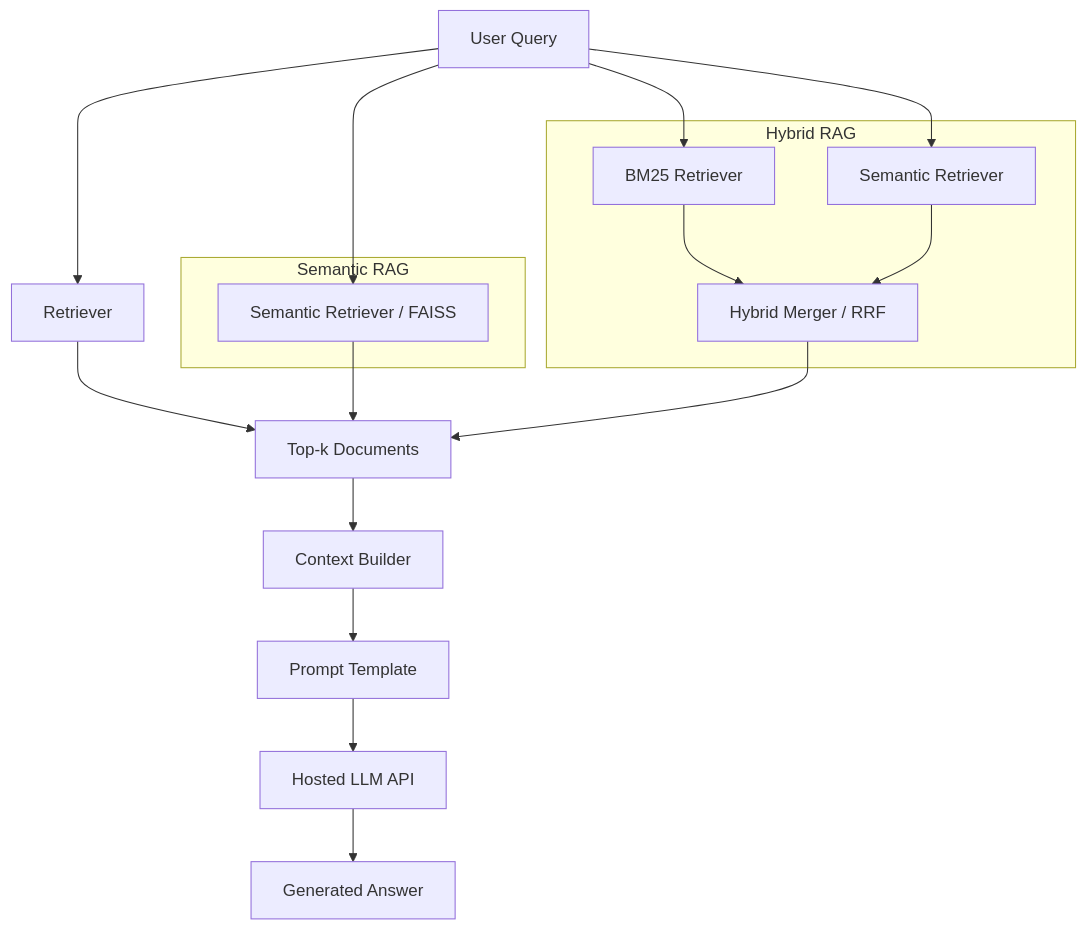
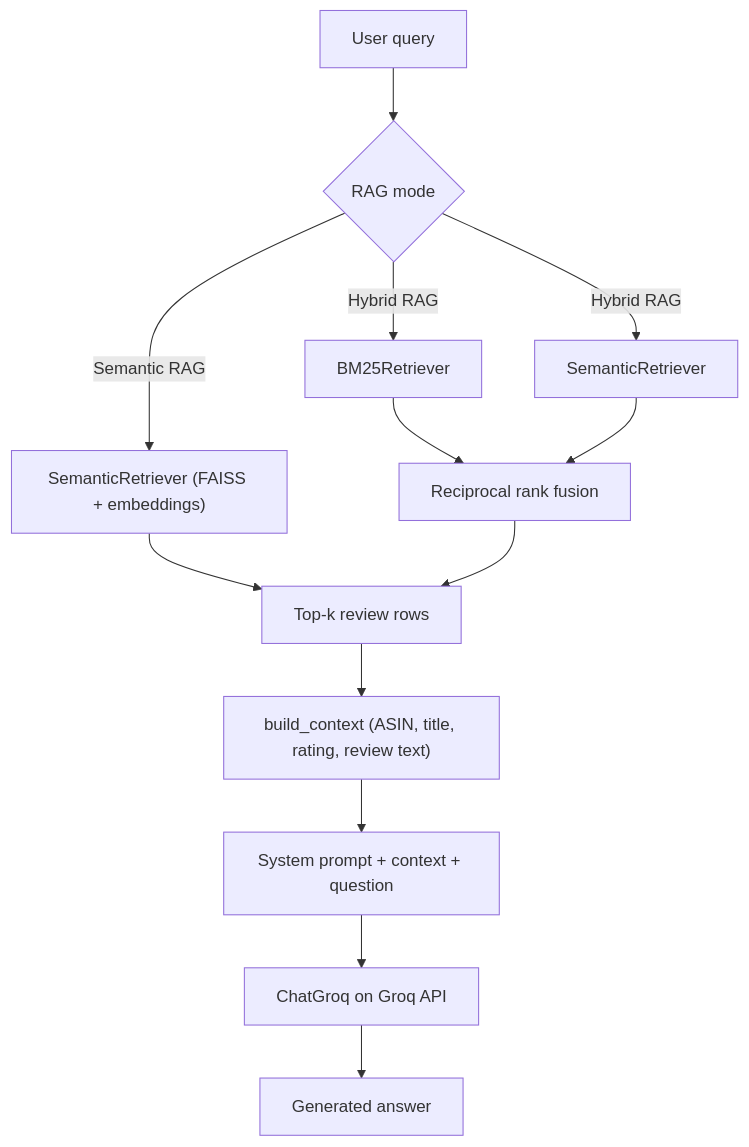
Before and after one commit to UBC-MDS/DSCI_575_project_li0606_Lukeni: the diagram in README.md, drawn with Mermaid. The commit also changed other lines of this file and 1 other file, not shown here.

Commit message:
docs: Complete [M2] README workflow diagram, exploration notebook, release v0.2.0 Fixes #16

````diff
--- a/README.md
+++ b/README.md
@@ -197,28 +126,16 @@
 ```mermaid
 flowchart TD
-    A[User Query] --> B[Retriever]
-    B --> C[Top-k Documents]
-    C --> D[Context Builder]
-    D --> E[Prompt Template]
-    E --> F[Hosted LLM API]
-    F --> G[Generated Answer]
-
-    subgraph Semantic RAG
-        B1[Semantic Retriever / FAISS]
-    end
-
-    subgraph Hybrid RAG
-        B2[BM25 Retriever]
-        B3[Semantic Retriever]
-        B4[Hybrid Merger / RRF]
-    end
-
-    A --> B1
-    B1 --> C
-
-    A --> B2
-    A --> B3
-    B2 --> B4
-    B3 --> B4
-    B4 --> C
+    Q[User query]
+    Q --> MODE{RAG mode}
+    MODE -->|Semantic RAG| SEM["SemanticRetriever (FAISS + embeddings)"]
+    SEM --> DOCS[Top-k review rows]
+    MODE -->|Hybrid RAG| BM[BM25Retriever]
+    MODE -->|Hybrid RAG| SEM2[SemanticRetriever]
+    BM --> RRF[Reciprocal rank fusion]
+    SEM2 --> RRF
+    RRF --> DOCS
+    DOCS --> CTX["build_context (ASIN, title, rating, review text)"]
+    CTX --> PROMPT[System prompt + context + question]
+    PROMPT --> GROQ[ChatGroq on Groq API]
+    GROQ --> ANS[Generated answer]
 ```
````
